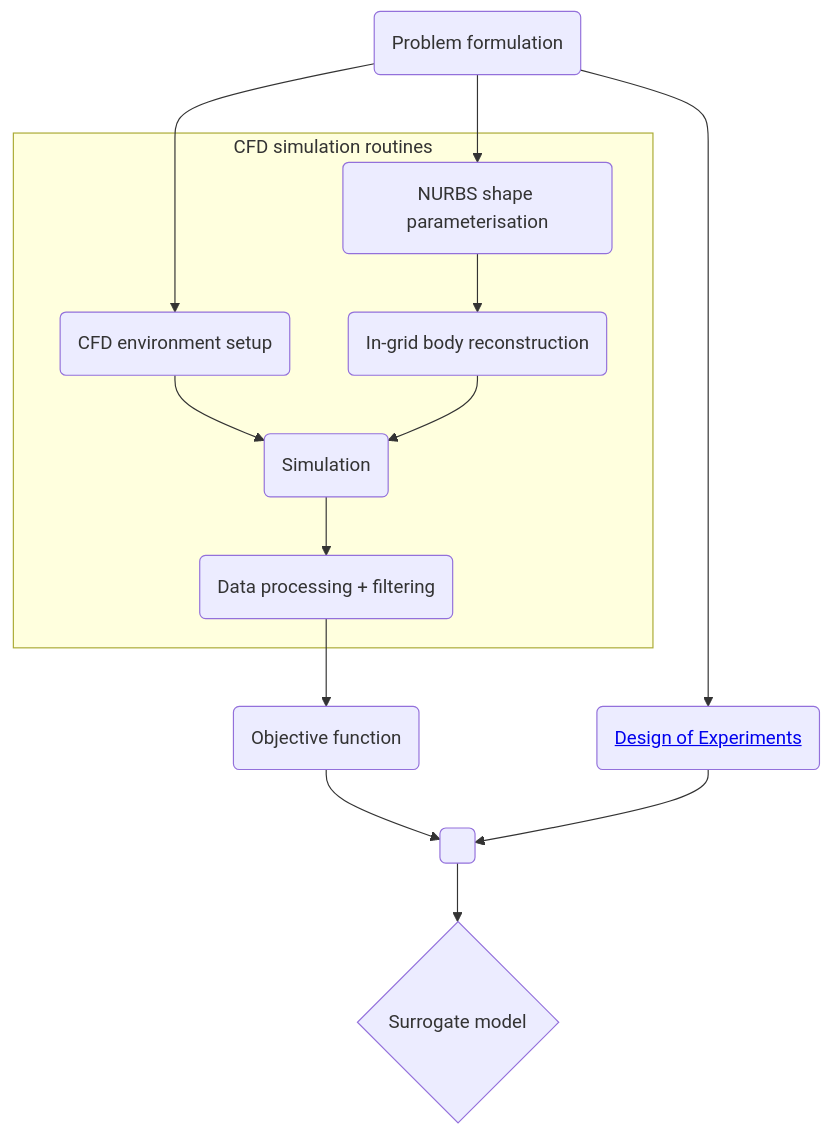
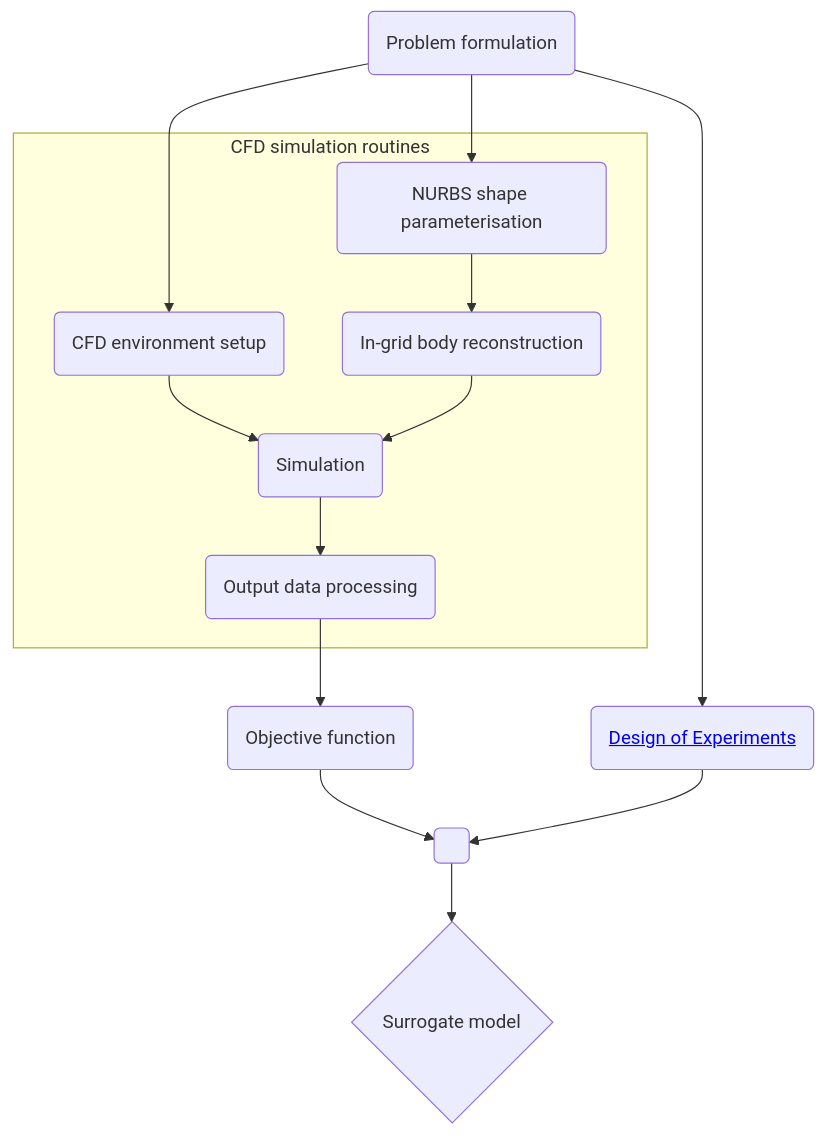
Before and after one commit to robertwenink/xyz: the first of 2 diagrams in content/projects/thesis/index.md, drawn with Mermaid. The commit also changed other lines of this file and 11 other files, not shown here.

```diff
--- a/content/projects/thesis/index.md
+++ b/content/projects/thesis/index.md
@@ -65,16 +63,16 @@
 {{< mermaid >}}
 graph TD;
     A(Problem formulation) --> B(<a href='../../posts/doe/'> Design of Experiments </a>)
     A(Problem formulation) --> C(NURBS shape parameterisation)
     A --> E(CFD environment setup)
     subgraph CFD simulation routines
     C --> D(In-grid body reconstruction) 
     E --> F(Simulation)
     D --> F
-    F --> G(Data processing + filtering)
+    F --> G(Output data processing)
     end
     G --> H(Objective function)
     H --> K( )
     B --> K
     K --> Z{Surrogate model}
 {{< /mermaid >}}
```
